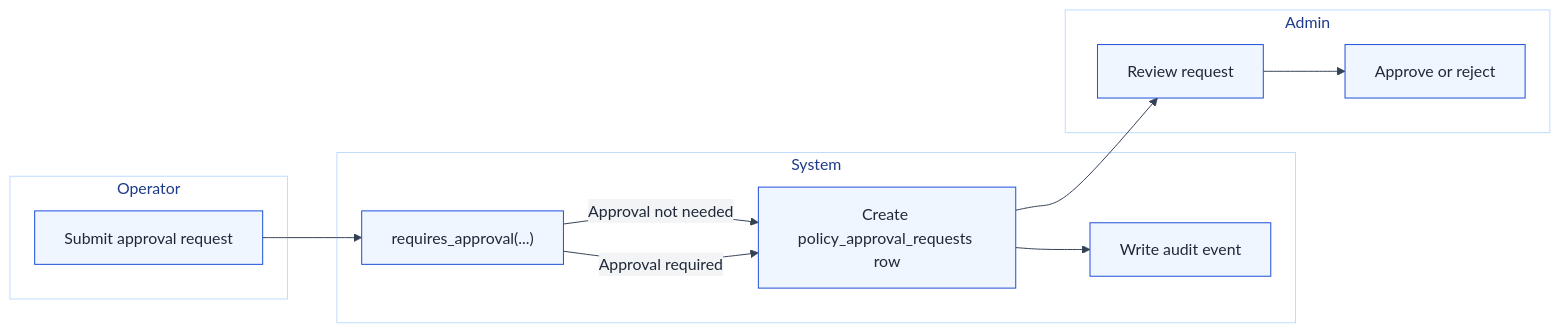
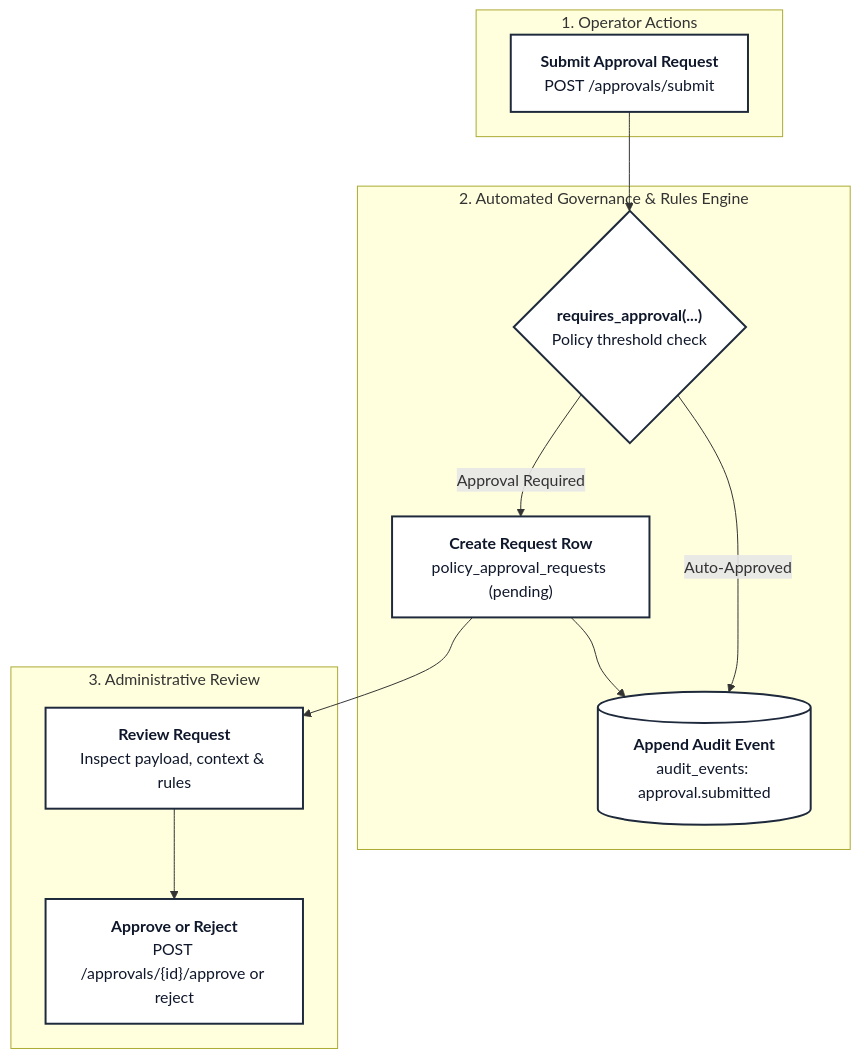
Before and after one commit to karthikrchandran/SignalLoop: the fourth of 12 diagrams in docs/architecture/process-flows.md, drawn with Mermaid. The commit also changed other lines of this file and 27 other files, not shown here.

Commit message:
docs: update documentation, sales materials, and diagrams for latest platform developments

````diff
--- a/docs/architecture/process-flows.md
+++ b/docs/architecture/process-flows.md
@@ -97,25 +115,26 @@
 ```mermaid
-%%{init: {"theme": "base", "themeVariables": {"primaryColor": "#EFF6FF", "primaryTextColor": "#1F2937", "primaryBorderColor": "#1D4ED8", "lineColor": "#334155", "secondaryColor": "#F3F4F6", "secondaryTextColor": "#1F2937", "tertiaryColor": "#DBEAFE", "tertiaryTextColor": "#1E3A8A", "background": "#F9FAFB", "clusterBkg": "#FFFFFF", "clusterBorder": "#BFDBFE", "fontFamily": "Inter, Segoe UI, sans-serif"}}}%%
-flowchart LR
-    subgraph OperatorLane["Operator"]
-        O1["Submit approval request"]
+flowchart TD
+    classDef default fill:#ffffff,stroke:#1e293b,stroke-width:2px,color:#0f172a;
+
+    subgraph OperatorLane ["1. Operator Actions"]
+        O1["<b>Submit Approval Request</b><br/>POST /approvals/submit"]
     end
 
-    subgraph SystemLane["System"]
-        S1["requires_approval(...)"]
-        S2["Create policy_approval_requests row"]
-        S3["Write audit event"]
+    subgraph SystemLane ["2. Automated Governance & Rules Engine"]
+        S1{"<b>requires_approval(...)</b><br/>Policy threshold check"}
+        S2["<b>Create Request Row</b><br/>policy_approval_requests (pending)"]
+        S3[("<b>Append Audit Event</b><br/>audit_events: approval.submitted")]
     end
 
-    subgraph AdminLane["Admin"]
-        A1["Review request"]
-        A2["Approve or reject"]
+    subgraph AdminLane ["3. Administrative Review"]
+        A1["<b>Review Request</b><br/>Inspect payload, context & rules"]
+        A2["<b>Approve or Reject</b><br/>POST /approvals/{id}/approve or reject"]
     end
 
     O1 --> S1
-    S1 -->|Approval not needed| S2
-    S1 -->|Approval required| S2
+    S1 -->|Approval Required| S2
+    S1 -->|Auto-Approved| S3
     S2 --> S3
     S2 --> A1
     A1 --> A2
 ```
````
